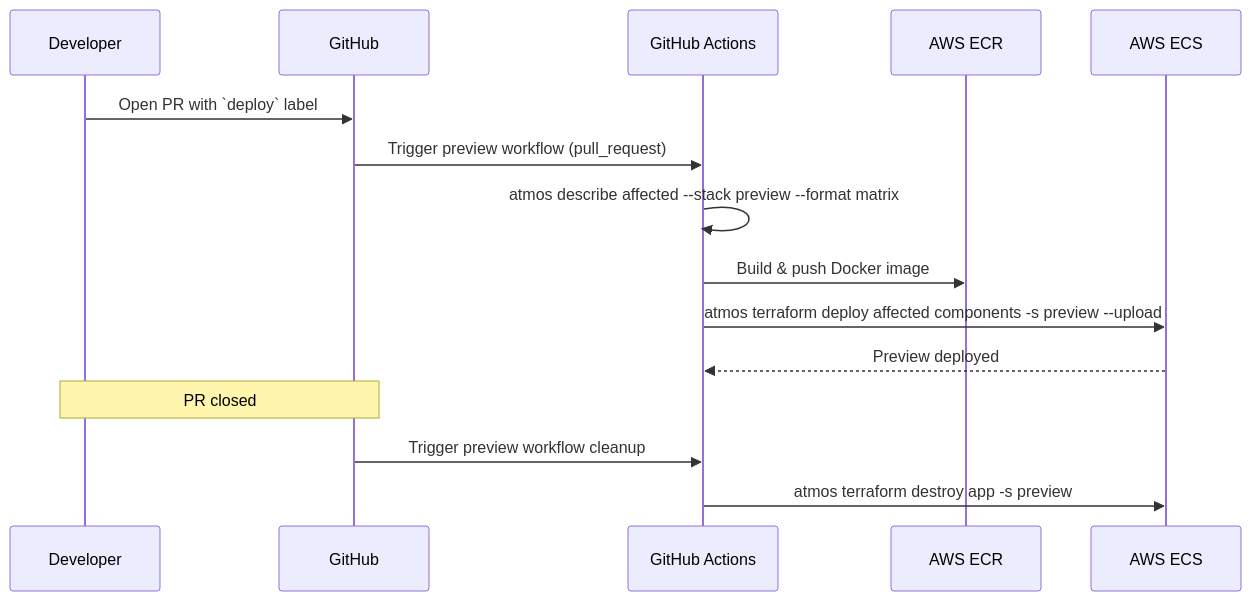
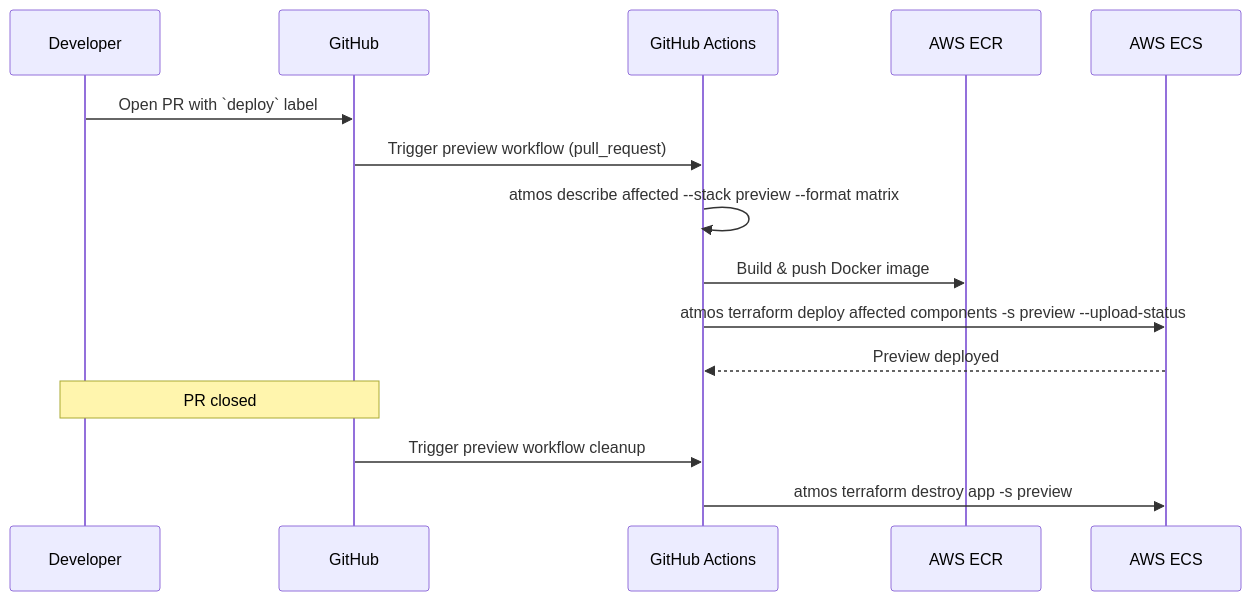
The second of 5 diagrams in .github/workflows/README.md (cloudposse-examples/atmos-pro-with-ecs), drawn with Mermaid before and after one commit. The commit also changed other lines of this file and 6 other files, not shown here.

Commit message:
Fix Atmos Pro upload status flags

````diff
--- a/.github/workflows/README.md
+++ b/.github/workflows/README.md
@@ -80,18 +80,18 @@
 ```mermaid
 sequenceDiagram
     participant Dev as Developer
     participant GH as GitHub
     participant GA as GitHub Actions
     participant ECR as AWS ECR
     participant ECS as AWS ECS
 
     Dev->>GH: Open PR with `deploy` label
     GH->>GA: Trigger preview workflow (pull_request)
     GA->>GA: atmos describe affected --stack preview --format matrix
     GA->>ECR: Build & push Docker image
-    GA->>ECS: atmos terraform deploy affected components -s preview --upload
+    GA->>ECS: atmos terraform deploy affected components -s preview --upload-status
     ECS-->>GA: Preview deployed
     Note over Dev,GH: PR closed
     GH->>GA: Trigger preview workflow cleanup
     GA->>ECS: atmos terraform destroy app -s preview
 ```
````
